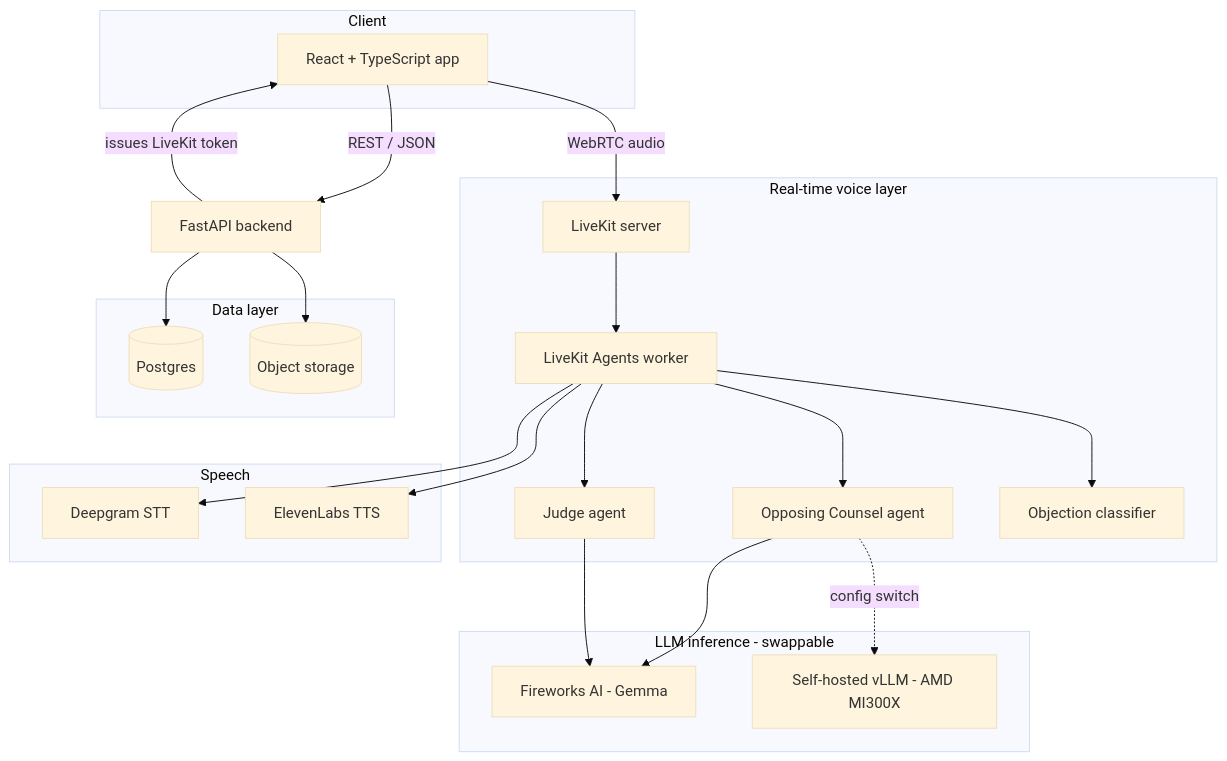
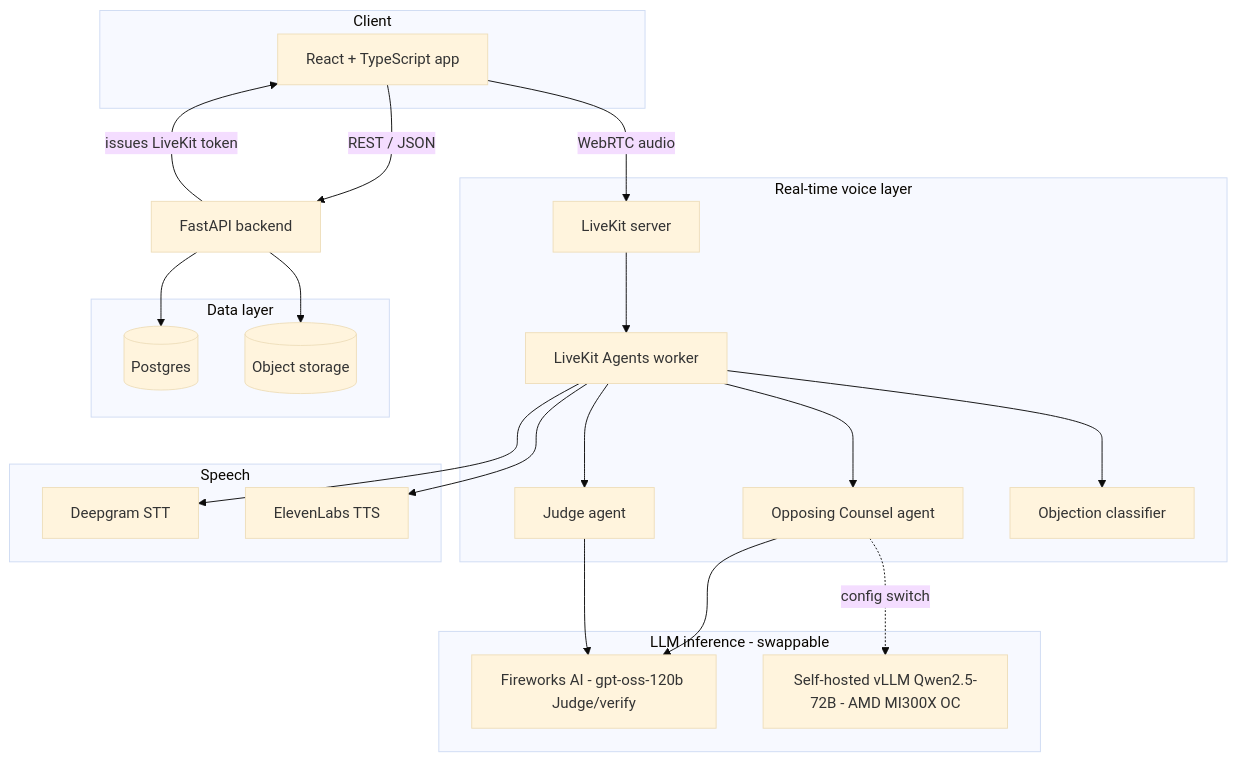
The first of 2 diagrams in docs/ARCHITECTURE.md (ajalcance/lexpar-ai), drawn with Mermaid (base theme) before and after one commit. The commit also changed other lines of this file, not shown here.

Commit message:
docs(architecture): sync diagram, env table, and repo tree with built code

````diff
--- a/docs/ARCHITECTURE.md
+++ b/docs/ARCHITECTURE.md
@@ -102,46 +111,46 @@
 ```mermaid
 flowchart TB
     subgraph Client
         A[React + TypeScript app]
     end
 
     subgraph Realtime[Real-time voice layer]
         B[LiveKit server]
         C[LiveKit Agents worker]
         C1[Opposing Counsel agent]
         C2[Judge agent]
         C3[Objection classifier]
     end
 
     subgraph LLM[LLM inference - swappable]
-        D1[Fireworks AI - Gemma]
-        D2[Self-hosted vLLM - AMD MI300X]
+        D1[Fireworks AI - gpt-oss-120b Judge/verify]
+        D2[Self-hosted vLLM Qwen2.5-72B - AMD MI300X OC]
     end
 
     subgraph Speech
         E1[Deepgram STT]
         E2[ElevenLabs TTS]
     end
 
     F[FastAPI backend]
 
     subgraph Data[Data layer]
         G1[(Postgres)]
         G2[(Object storage)]
     end
 
     A -- WebRTC audio --> B
     B --> C
     C --> C1
     C --> C2
     C --> C3
     C1 --> D1
     C1 -. config switch .-> D2
     C2 --> D1
     C --> E1
     C --> E2
     A -- REST / JSON --> F
     F --> G1
     F --> G2
     F -- issues LiveKit token --> A
 ```
````
